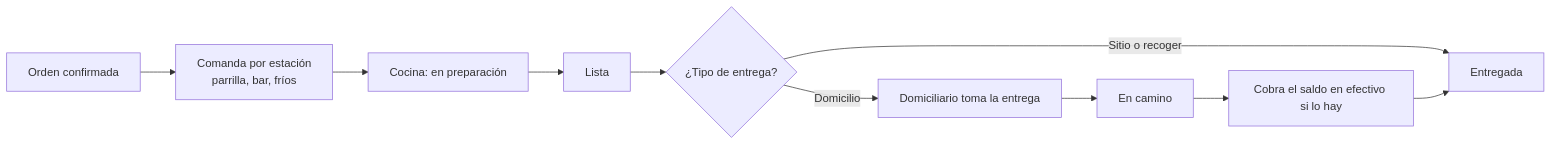
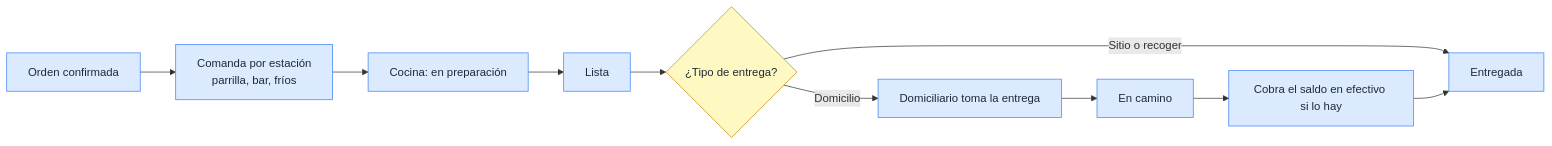
One commit to svzapatac/Elius changed the fourth of 4 diagrams in docs/03_flujos_usuario/03_panel_operador.md. Above: the diagram before and after it, drawn with Mermaid. The commit also changed other lines of this file and 46 other files, not shown here.

````diff
--- a/docs/03_flujos_usuario/03_panel_operador.md
+++ b/docs/03_flujos_usuario/03_panel_operador.md
@@ -53,12 +68,16 @@
 ```mermaid
 flowchart LR
   A[Orden confirmada] --> B[Comanda por estación<br/>parrilla, bar, fríos]
   B --> C[Cocina: en preparación]
   C --> D[Lista]
   D --> E{¿Tipo de entrega?}
   E -- Sitio o recoger --> F[Entregada]
   E -- Domicilio --> G[Domiciliario toma la entrega]
   G --> H[En camino]
   H --> I[Cobra el saldo en efectivo si lo hay]
   I --> F
+  classDef default fill:#dbeafe,stroke:#3b82f6,color:#1e293b
+  classDef dec fill:#fef9c3,stroke:#ca8a04,color:#1e293b
+  classDef ok fill:#dcfce7,stroke:#16a34a,color:#1e293b
+  class E dec
 ```
````
